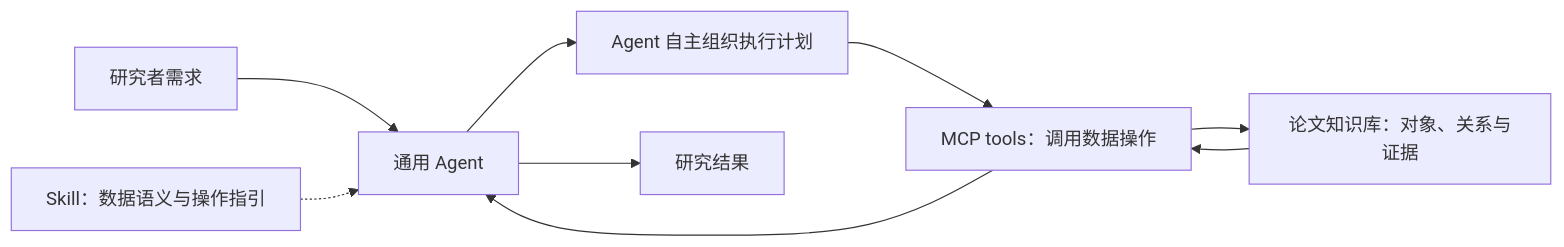
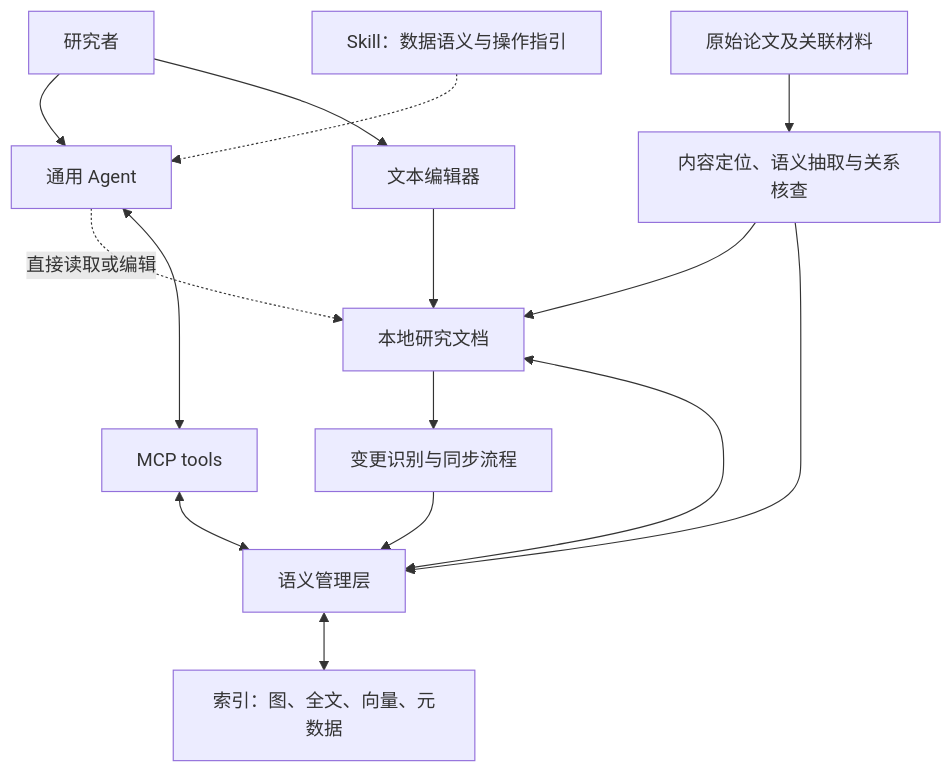
The first of 2 diagrams in docs/discussions/2026-09-15-p4a-operators-skills-and-activities.md (ArcadiaLin/CachePlan), drawn with Mermaid before and after one commit. The commit also changed other lines of this file, not shown here.

````diff
--- a/docs/discussions/2026-09-15-p4a-operators-skills-and-activities.md
+++ b/docs/discussions/2026-09-15-p4a-operators-skills-and-activities.md
@@ -33,11 +53,17 @@
 ```mermaid
-flowchart LR
-    U[研究者需求] --> A[通用 Agent]
-    S[Skill：数据语义与操作指引] -.-> A
-    A --> P[Agent 自主组织执行计划]
-    P --> T[MCP tools：调用数据操作]
-    T --> D[论文知识库：对象、关系与证据]
-    D --> T
-    T --> A
-    A --> R[研究结果]
+flowchart TD
+    H[研究者] --> A[通用 Agent]
+    H --> E[文本编辑器]
+    E --> D[本地研究文档]
+    A -.直接读取或编辑.-> D
+    K[Skill：数据语义与操作指引] -.-> A
+    A <--> T[MCP tools]
+    T <--> M[语义管理层]
+    M <--> D
+    M <--> I[索引：图、全文、向量、元数据]
+    P[原始论文及关联材料] --> X[内容定位、语义抽取与关系核查]
+    X --> D
+    X --> M
+    D --> W[变更识别与同步流程]
+    W --> M
 ```
````
